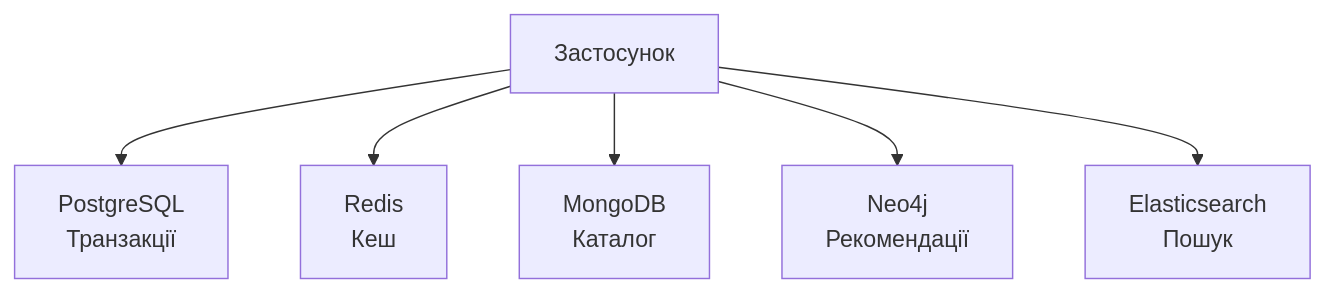
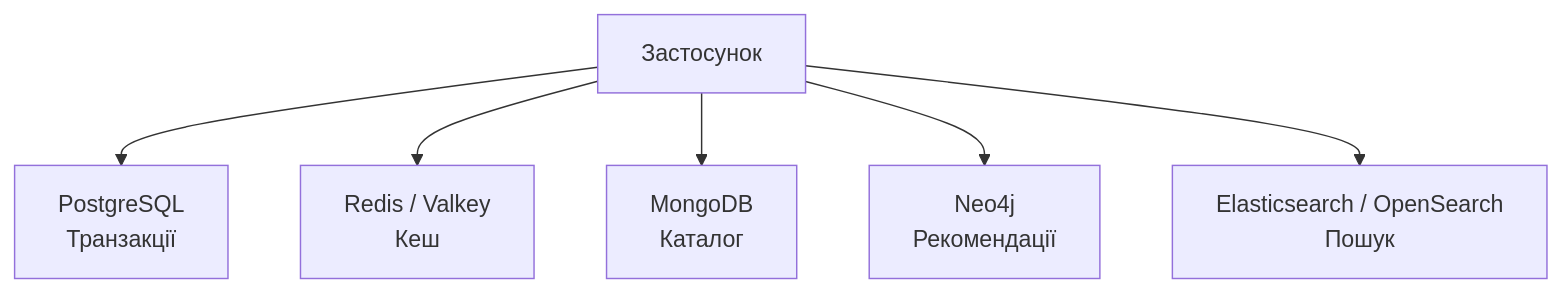
One commit to olroi421/course-opi-v2 changed the eighth of 9 diagrams in presentations/presentation-10.md. Above: the diagram before and after it, drawn with Mermaid. The commit also changed other lines of this file and 10 other files, not shown here.

````diff
--- a/presentations/presentation-10.md
+++ b/presentations/presentation-10.md
@@ -723,8 +868,8 @@
 ```mermaid
 graph TB
-    A[Застосунок] --> B[PostgreSQL<br/>Транзакції]
-    A --> C[Redis<br/>Кеш]
-    A --> D[MongoDB<br/>Каталог]
-    A --> E[Neo4j<br/>Рекомендації]
-    A --> F[Elasticsearch<br/>Пошук]
+    A["Застосунок"] --> B["PostgreSQL<br/>Транзакції"]
+    A --> C["Redis / Valkey<br/>Кеш"]
+    A --> D["MongoDB<br/>Каталог"]
+    A --> E["Neo4j<br/>Рекомендації"]
+    A --> F["Elasticsearch / OpenSearch<br/>Пошук"]
 ```
````
